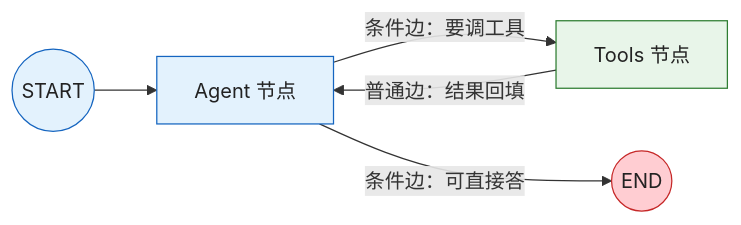
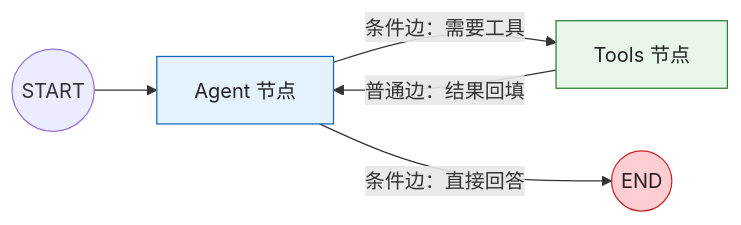
One commit to KwanWaiPang/KwanWaiPang.github.io changed the third of 7 diagrams in _posts/2026-07-15-langgraph.md. Above: the diagram before and after it, drawn with Mermaid. The commit also changed other lines of this file, not shown here.

First line of the commit message:
修复 LangGraph 博文图1渲染，并收敛表述与课程覆盖

```diff
--- a/_posts/2026-07-15-langgraph.md
+++ b/_posts/2026-07-15-langgraph.md
@@ -210,15 +231,15 @@
 <div class="mermaid" style="display: flex; justify-content: center; width: 100%; margin: 0 auto;">
 flowchart LR
-    classDef node fill:#E3F2FD,stroke:#1565C0,color:#222
-    classDef endn fill:#FFCDD2,stroke:#C62828,color:#222
-    classDef tool fill:#E8F5E9,stroke:#2E7D32,color:#222
+    classDef nCls fill:#E3F2FD,stroke:#1565C0,color:#222
+    classDef toolCls fill:#E8F5E9,stroke:#2E7D32,color:#222
+    classDef endCls fill:#FFCDD2,stroke:#C62828,color:#222
 
-    START((START)) --> Agent["Agent 节点"]
-    Agent -->|"条件边：要调工具"| Tools["Tools 节点"]
-    Agent -->|"条件边：可直接答"| ENDN((END))
-    Tools -->|"普通边：结果回填"| Agent
+    ST((START)) --> AG["Agent 节点"]
+    AG -->|"条件边：需要工具"| TL["Tools 节点"]
+    AG -->|"条件边：直接回答"| ED((END))
+    TL -->|"普通边：结果回填"| AG
 
-    class Agent node
-    class Tools tool
-    class ENDN endn
+    class AG nCls
+    class TL toolCls
+    class ED endCls
 </div>
```
